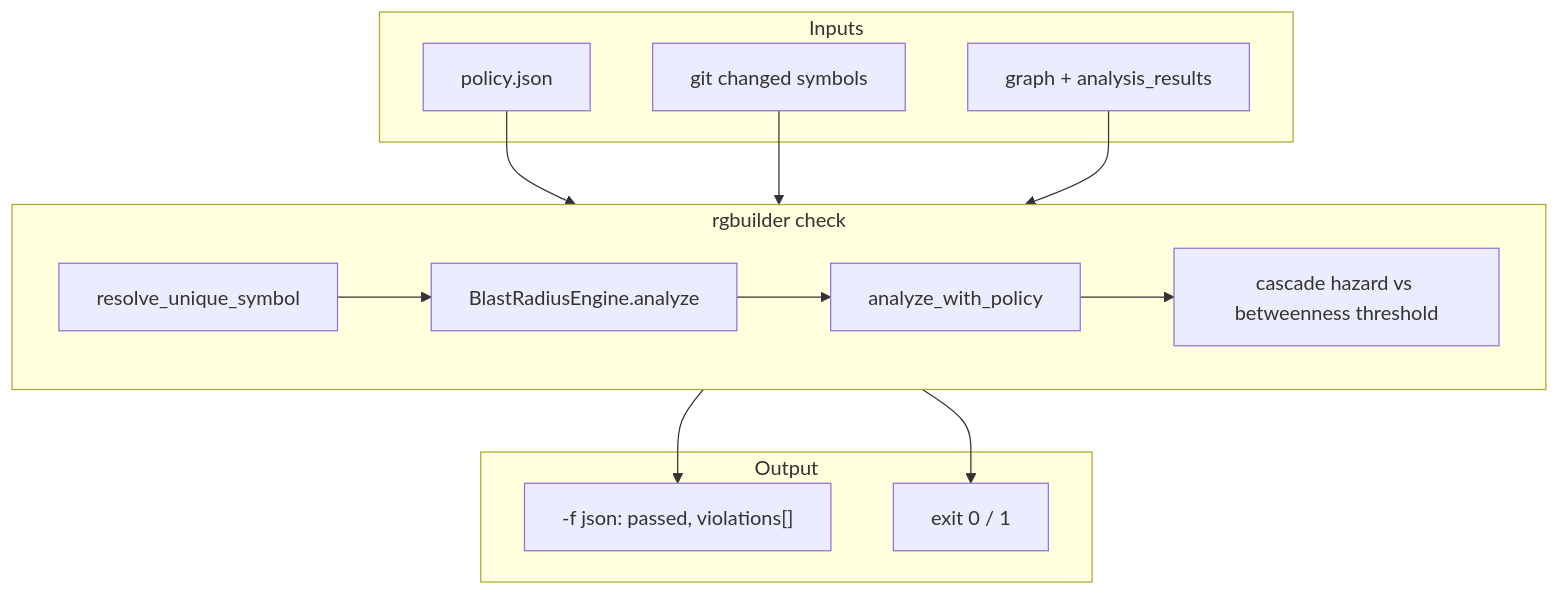
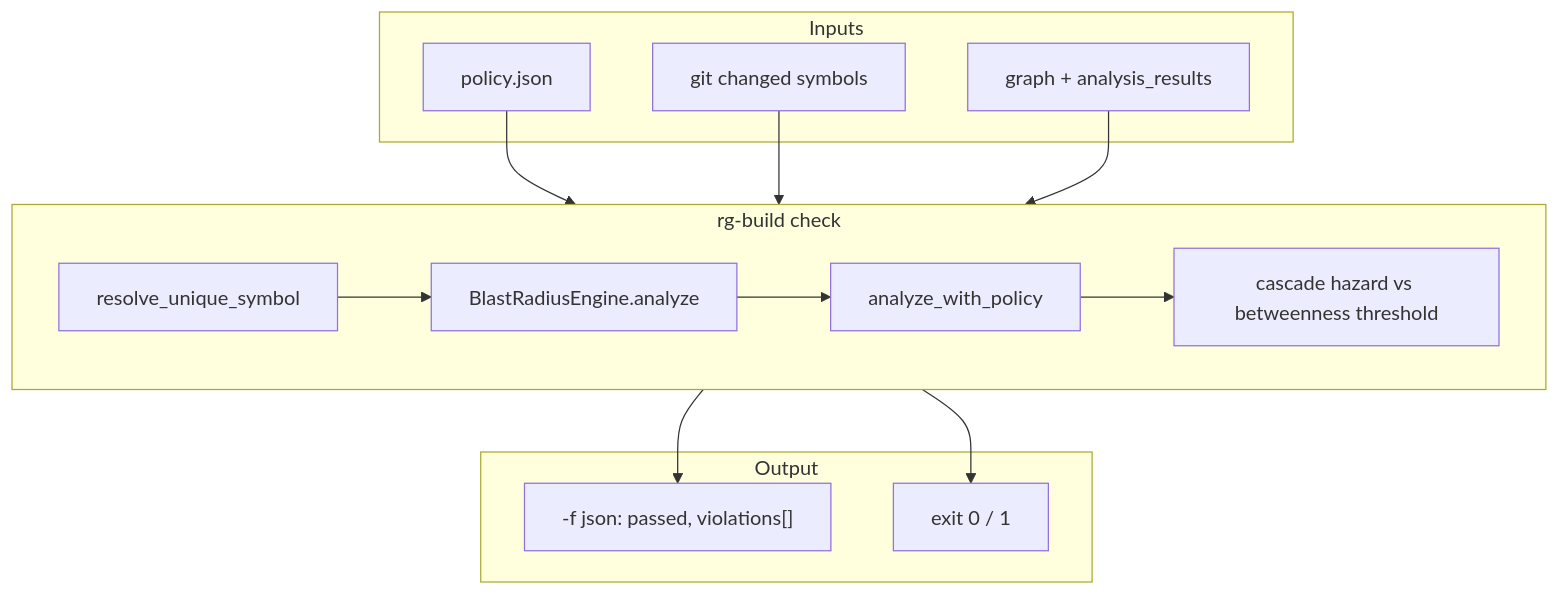
Before and after one commit to l3acon/rgctl: the diagram in docs/design/ci-policy-checks-design.md, drawn with Mermaid. The commit also changed other lines of this file and 152 other files, not shown here.

````diff
--- a/docs/design/ci-policy-checks-design.md
+++ b/docs/design/ci-policy-checks-design.md
@@ -24,27 +24,27 @@
 ```mermaid
 flowchart TB
   subgraph inputs["Inputs"]
     POL[policy.json]
     GIT[git changed symbols]
     G[graph + analysis_results]
   end
 
-  subgraph check["rgbuilder check"]
+  subgraph check["rg-build check"]
     RES[resolve_unique_symbol]
     ENG[BlastRadiusEngine.analyze]
     POLCHK[analyze_with_policy]
     CASCADE[cascade hazard vs betweenness threshold]
     RES --> ENG --> POLCHK --> CASCADE
   end
 
   subgraph output["Output"]
     JSON["-f json: passed, violations[]"]
     EXIT[exit 0 / 1]
   end
 
   POL --> check
   GIT --> check
   G --> check
   check --> JSON
   check --> EXIT
 ```
````
